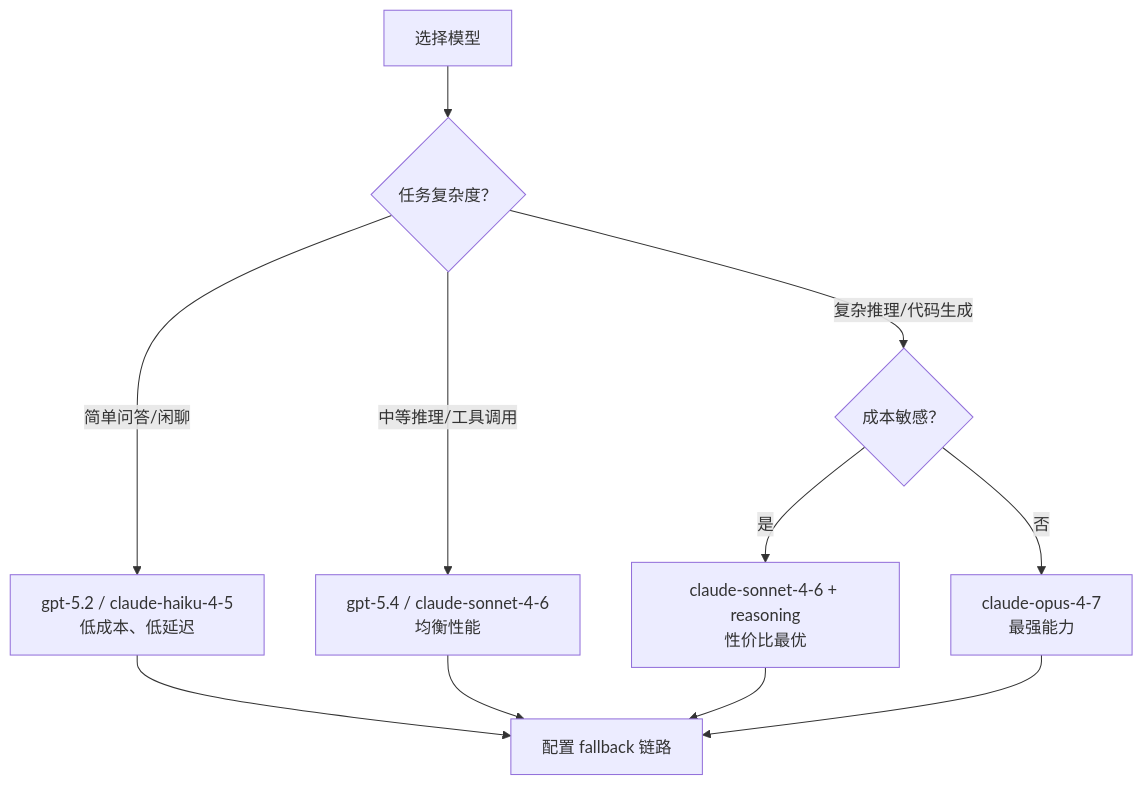
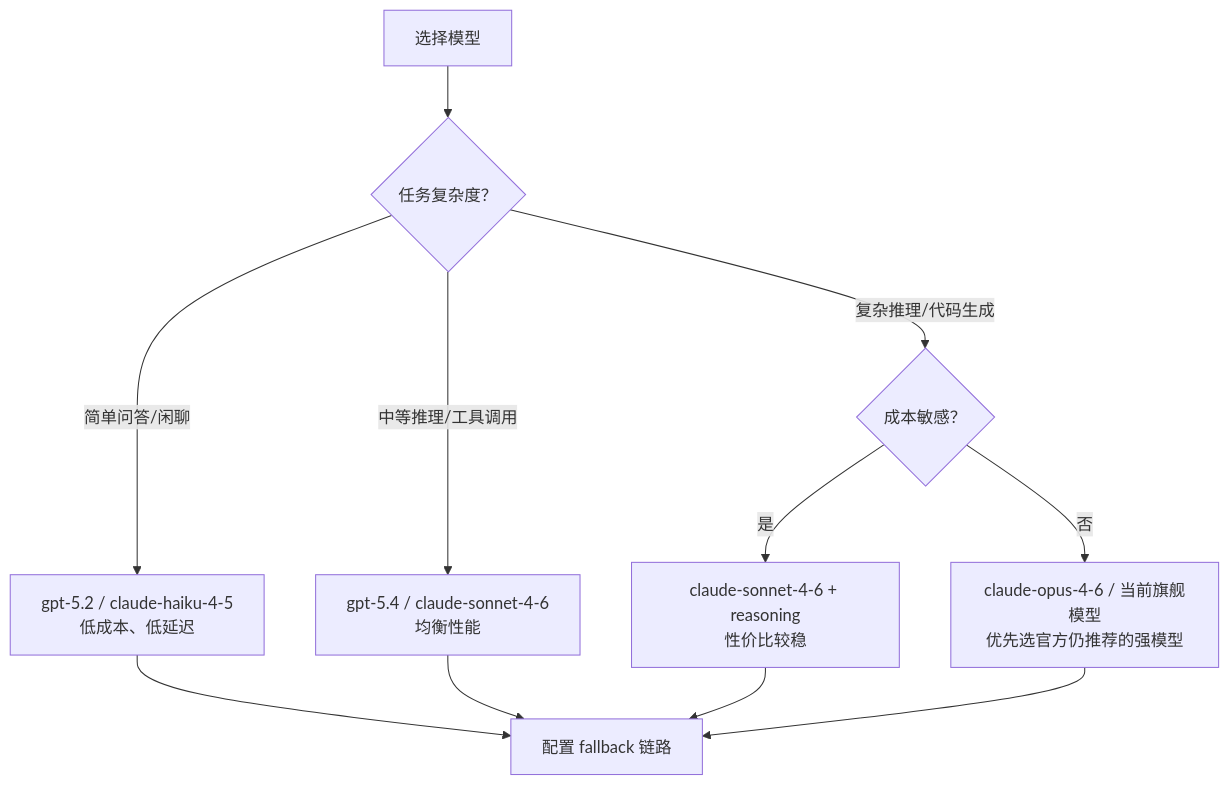
The diagram in 04_config_models/4.3_model_selection.md (yeasy/openclaw_guide), drawn with Mermaid before and after one commit. The commit also changed 26 other files, not shown here.

````diff
--- a/04_config_models/4.3_model_selection.md
+++ b/04_config_models/4.3_model_selection.md
@@ -30,13 +30,13 @@
 ```mermaid
 flowchart TD
     Start["选择模型"] --> Q1{"任务复杂度？"}
     Q1 -->|"简单问答/闲聊"| M1["gpt-5.2 / claude-haiku-4-5<br/>低成本、低延迟"]
     Q1 -->|"中等推理/工具调用"| M2["gpt-5.4 / claude-sonnet-4-6<br/>均衡性能"]
     Q1 -->|"复杂推理/代码生成"| Q2{"成本敏感？"}
-    Q2 -->|"是"| M3["claude-sonnet-4-6 + reasoning<br/>性价比最优"]
-    Q2 -->|"否"| M4["claude-opus-4-7<br/>最强能力"]
+    Q2 -->|"是"| M3["claude-sonnet-4-6 + reasoning<br/>性价比较稳"]
+    Q2 -->|"否"| M4["claude-opus-4-6 / 当前旗舰模型<br/>优先选官方仍推荐的强模型"]
     M1 --> FB["配置 fallback 链路"]
     M2 --> FB
     M3 --> FB
     M4 --> FB
 ```
````
